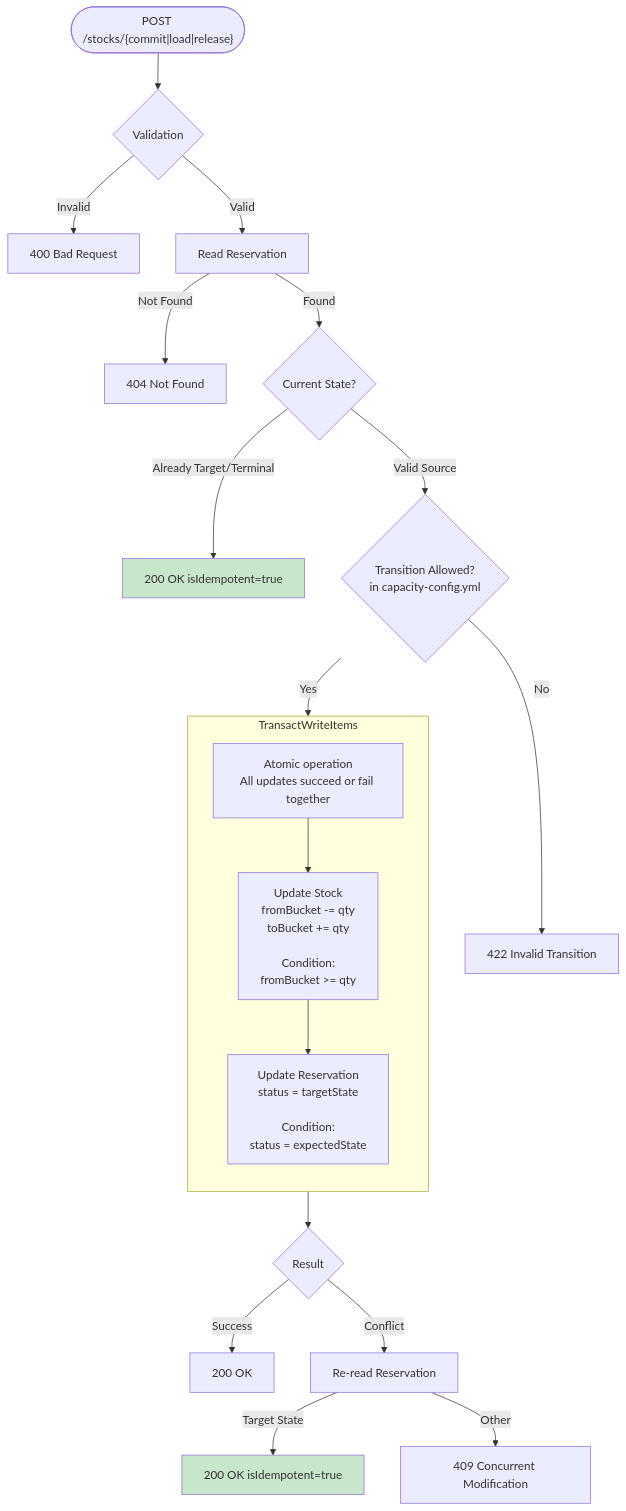
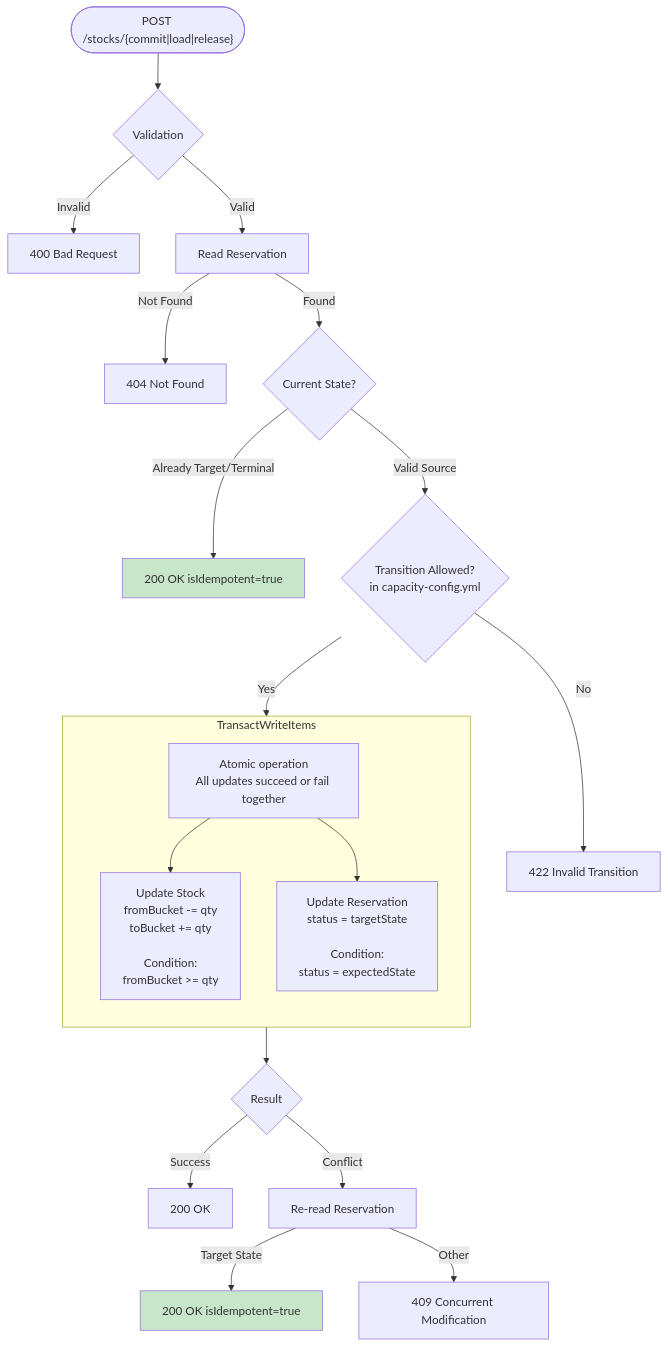
The third of 6 diagrams in docs/api-flow-diagrams.md (sethu-rs/stockkeeper), drawn with Mermaid before and after one commit.

Commit message:
README.md amended

````diff
--- a/docs/api-flow-diagrams.md
+++ b/docs/api-flow-diagrams.md
@@ -144,37 +144,35 @@
 ```mermaid
 flowchart TD
     Start(["POST /stocks/{commit|load|release}"]) --> Validate{Validation}
     Validate -->|Invalid| Err400[400 Bad Request]
     Validate -->|Valid| Read[Read Reservation]
 
     Read -->|Not Found| Err404[404 Not Found]
     Read -->|Found| CheckState{Current State?}
 
     CheckState -->|Already Target/Terminal| Idemp[200 OK isIdempotent=true]
     CheckState -->|Valid Source| ValidateTrans{Transition Allowed?<br/>in capacity-config.yml}
 
     ValidateTrans -->|No| Err422[422 Invalid Transition]
     ValidateTrans -->|Yes| Transaction
 
     subgraph Transaction["TransactWriteItems"]
         direction TB
 
         AtomicNote["Atomic operation<br/>All updates succeed or fail together"]
+        AtomicNote --> T1
+        AtomicNote --> T2
     
         T1["Update Stock<br/>fromBucket -= qty<br/>toBucket += qty<br/><br/>Condition:<br/>fromBucket >= qty"]
-    
         T2["Update Reservation<br/>status = targetState<br/><br/>Condition:<br/>status = expectedState"]
-    
-        AtomicNote --> T1
-        T1 --> T2
     end
 
     Transaction --> Result{Result}
     Result -->|Success| OK200[200 OK]
     Result -->|Conflict| ReRead[Re-read Reservation]
     ReRead -->|Target State| IdemConc[200 OK isIdempotent=true]
     ReRead -->|Other| Err409[409 Concurrent Modification]
 
     style Idemp fill:#c8e6c9
     style IdemConc fill:#c8e6c9
 ```
````
